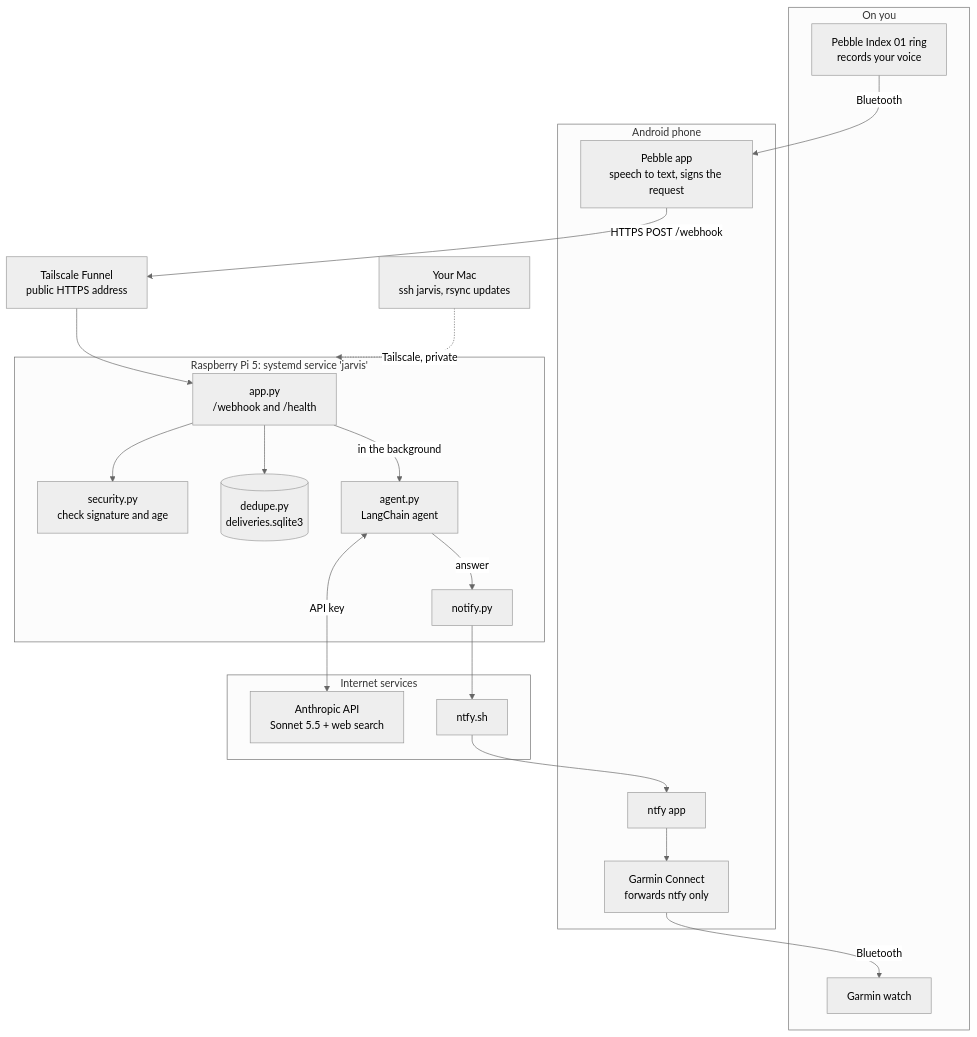
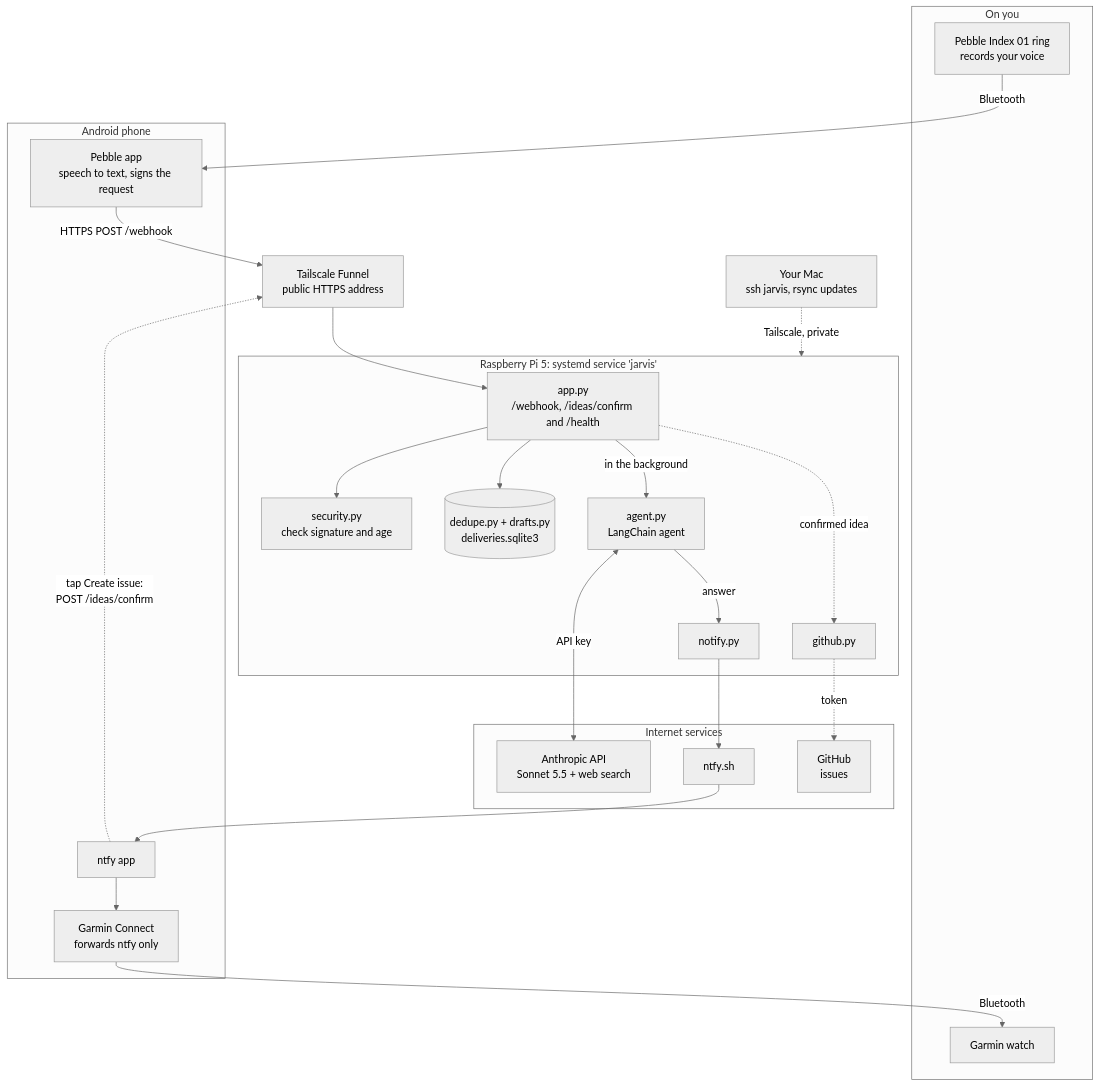
Before and after one commit to jcbanos/Jarvis2.0: the diagram in README.md, drawn with Mermaid (neutral theme). The commit also changed other lines of this file and 7 other files, not shown here.

First line of the commit message:
feat: Turn spoken ideas into GitHub issues

````diff
--- a/README.md
+++ b/README.md
@@ -29,44 +29,49 @@
 ```mermaid
 flowchart TB
     subgraph body["On you"]
         Ring["Pebble Index 01 ring<br/>records your voice"]
         Watch["Garmin watch"]
     end
 
     subgraph phone["Android phone"]
         PebbleApp["Pebble app<br/>speech to text, signs the request"]
         NtfyApp["ntfy app"]
         GarminConnect["Garmin Connect<br/>forwards ntfy only"]
     end
 
     Funnel["Tailscale Funnel<br/>public HTTPS address"]
 
     subgraph pi["Raspberry Pi 5: systemd service 'jarvis'"]
-        App["app.py<br/>/webhook and /health"]
+        App["app.py<br/>/webhook, /ideas/confirm and /health"]
         Security["security.py<br/>check signature and age"]
-        Dedupe[("dedupe.py<br/>deliveries.sqlite3")]
+        Dedupe[("dedupe.py + drafts.py<br/>deliveries.sqlite3")]
         Agent["agent.py<br/>LangChain agent"]
         Notify["notify.py"]
+        GitHubPy["github.py"]
     end
 
     subgraph cloud["Internet services"]
         Claude["Anthropic API<br/>Sonnet 5.5 + web search"]
         Ntfy["ntfy.sh"]
+        GitHub["GitHub<br/>issues"]
     end
 
     Mac["Your Mac<br/>ssh jarvis, rsync updates"]
 
     Ring -->|Bluetooth| PebbleApp
     PebbleApp -->|"HTTPS POST /webhook"| Funnel
     Funnel --> App
     App --> Security
     App --> Dedupe
     App -->|"in the background"| Agent
     Agent <-->|"API key"| Claude
     Agent -->|answer| Notify
     Notify --> Ntfy
     Ntfy --> NtfyApp
     NtfyApp --> GarminConnect
     GarminConnect -->|Bluetooth| Watch
+    NtfyApp -.->|"tap Create issue:<br/>POST /ideas/confirm"| Funnel
+    App -.->|confirmed idea| GitHubPy
+    GitHubPy -.->|token| GitHub
     Mac -.->|"Tailscale, private"| pi
 ```
````
